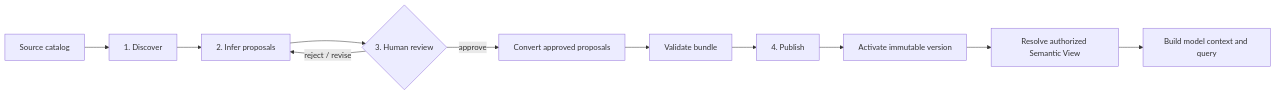
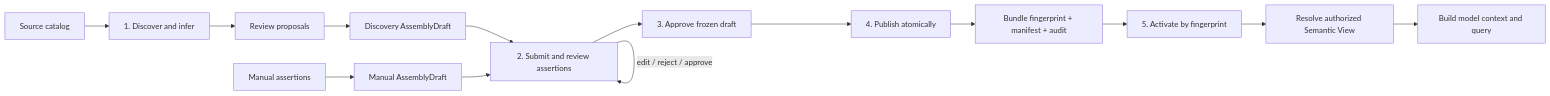
One commit to emmansun/nl2data-core changed the diagram in docs/guides/metadata-to-bundle.md. Above: the diagram before and after it, drawn with Mermaid. The commit also changed other lines of this file and 74 other files, not shown here.

````diff
--- a/docs/guides/metadata-to-bundle.md
+++ b/docs/guides/metadata-to-bundle.md
@@ -19,13 +19,16 @@
 ```mermaid
 flowchart LR
-    S[Source catalog] --> D[1. Discover]
-    D --> P[2. Infer proposals]
-    P --> R{3. Human review}
-    R -->|approve| C[Convert approved proposals]
-    R -->|reject / revise| P
-    C --> V[Validate bundle]
-    V --> U[4. Publish]
-    U --> A[Activate immutable version]
+    S[Source catalog] --> D[1. Discover and infer]
+    D --> P[Review proposals]
+    P --> DA[Discovery AssemblyDraft]
+    M[Manual assertions] --> MA[Manual AssemblyDraft]
+    DA --> R[2. Submit and review assertions]
+    MA --> R
+    R -->|edit / reject / approve| R
+    R --> G[3. Approve frozen draft]
+    G --> U[4. Publish atomically]
+    U --> F[Bundle fingerprint + manifest + audit]
+    F --> A[5. Activate by fingerprint]
     A --> Q[Resolve authorized Semantic View]
-    Q --> M[Build model context and query]
+    Q --> QRY[Build model context and query]
 ```
````
